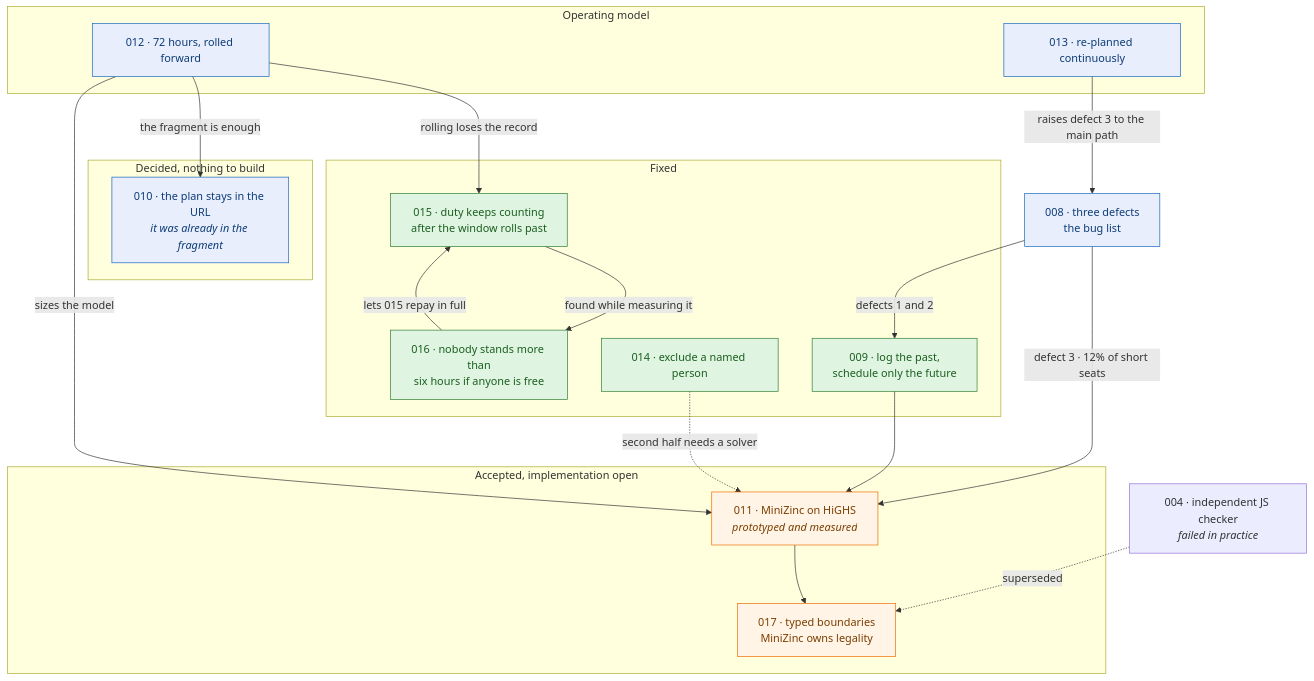
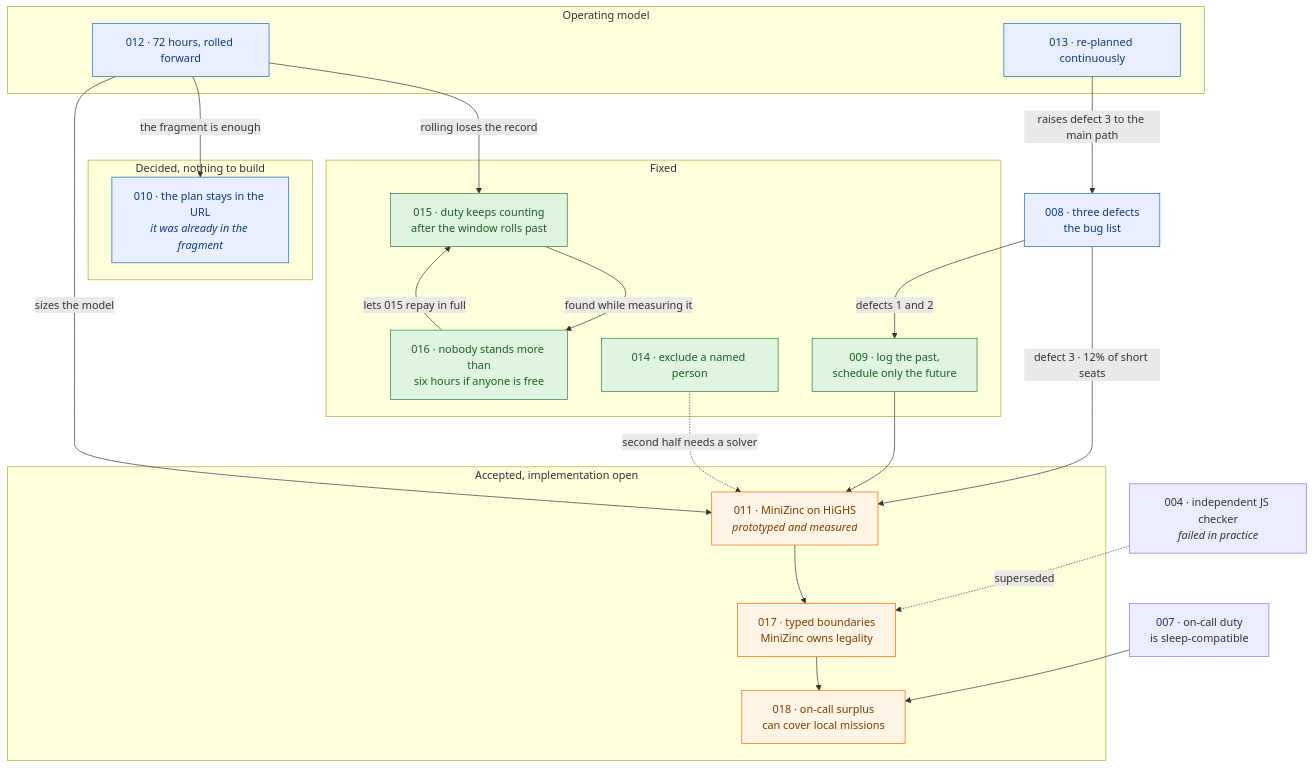
One commit to barakplasma/guard changed the diagram in docs/plans/README.md. Above: the diagram before and after it, drawn with Mermaid. The commit also changed other lines of this file and 1 other file, not shown here.

Commit message:
Design surplus on-call coverage

````diff
--- a/docs/plans/README.md
+++ b/docs/plans/README.md
@@ -30,45 +31,48 @@
 ```mermaid
 flowchart TB
     A008["008 · three defects<br/>the bug list"]
 
     subgraph fixed ["Fixed"]
         A009["009 · log the past,<br/>schedule only the future"]
         A015["015 · duty keeps counting<br/>after the window rolls past"]
         A014["014 · exclude a named person"]
         A016["016 · nobody stands more than<br/>six hours if anyone is free"]
     end
 
     subgraph decided ["Decided, nothing to build"]
         A010["010 · the plan stays in the URL<br/><i>it was already in the fragment</i>"]
     end
 
     subgraph open ["Accepted, implementation open"]
         A011["011 · MiniZinc on HiGHS<br/><i>prototyped and measured</i>"]
         A017["017 · typed boundaries<br/>MiniZinc owns legality"]
+        A018["018 · on-call surplus<br/>can cover local missions"]
     end
 
     subgraph frame ["Operating model"]
         A012["012 · 72 hours, rolled forward"]
         A013["013 · re-planned continuously"]
     end
 
     A008 -- "defects 1 and 2" --> A009
     A008 -- "defect 3 · 12% of short seats" --> A011
     A012 -- "rolling loses the record" --> A015
     A013 -- "raises defect 3 to the main path" --> A008
     A012 -- "the fragment is enough" --> A010
     A012 -- "sizes the model" --> A011
     A009 --> A011
     A004["004 · independent JS checker<br/><i>failed in practice</i>"] -. "superseded" .-> A017
     A011 --> A017
+    A007["007 · on-call duty<br/>is sleep-compatible"] --> A018
+    A017 --> A018
     A015 -- "found while measuring it" --> A016
     A016 -- "lets 015 repay in full" --> A015
     A014 -. "second half needs a solver" .-> A011
 
     classDef done fill:#dff5e1,stroke:#2e7d32,color:#1b5e20
     classDef todo fill:#fff4e5,stroke:#ed6c02,color:#7a3e00
     classDef info fill:#e8eefb,stroke:#1565c0,color:#0d3c78
     class A009,A015,A014,A016 done
-    class A011,A017 todo
+    class A011,A017,A018 todo
     class A008,A010,A012,A013 info
 ```
````
